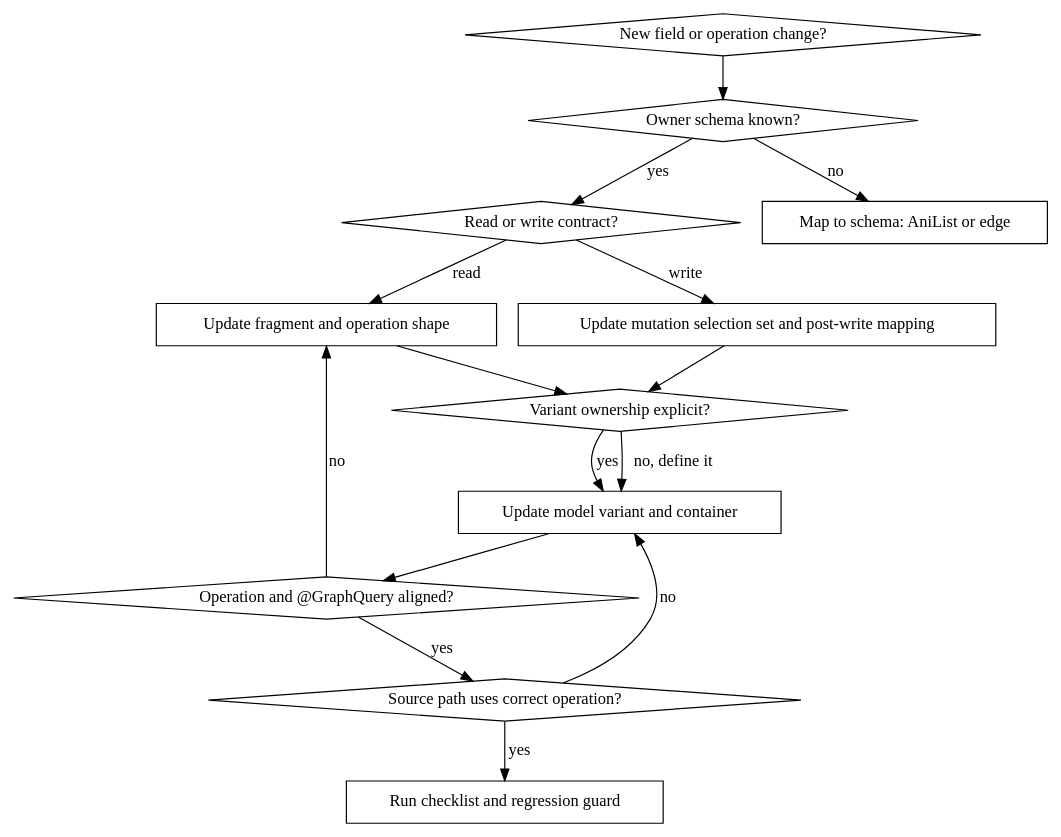
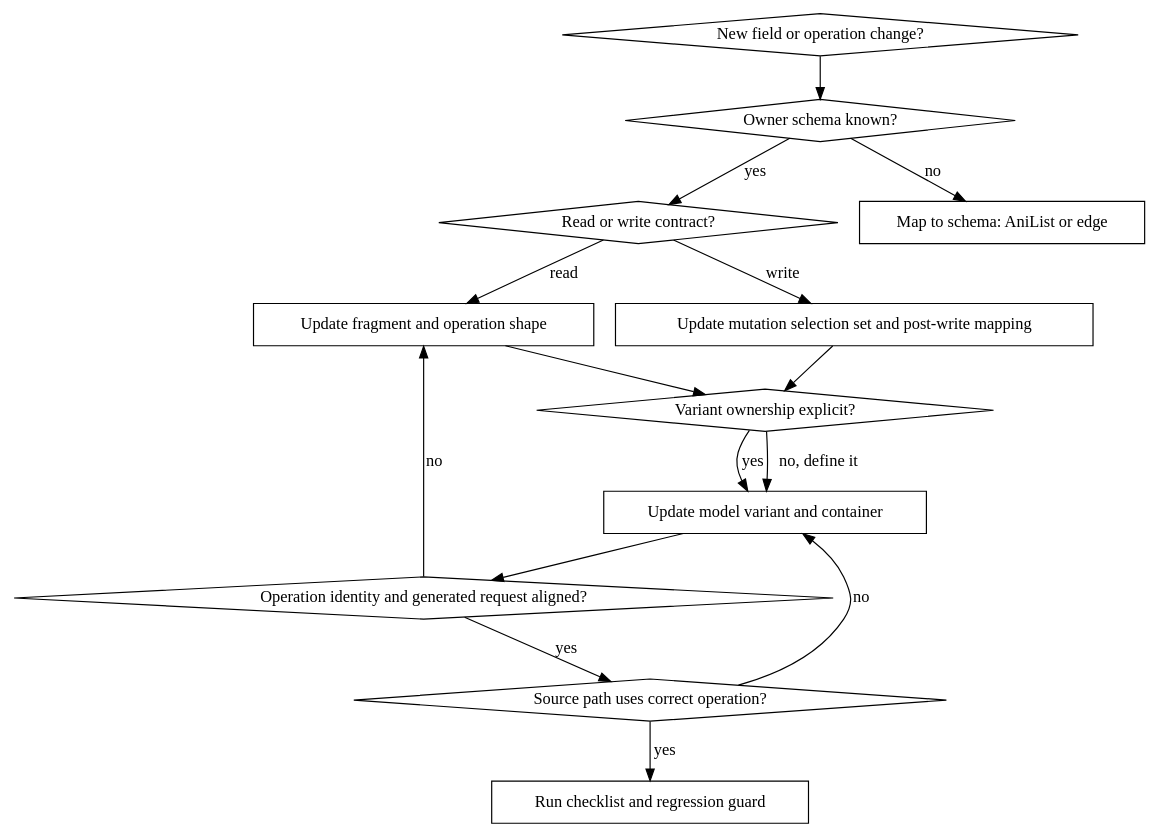
The diagram in .agents/skills/mapping-graphql-models/references/decision-flow.dot (AniTrend/anitrend-v2), drawn with Graphviz before and after one commit. The commit also changed 363 other files, not shown here.

First line of the commit message:
feat(data): migrate AniList and Edge GraphQL to retrofit-graphql codegen (#1264)

```diff
--- a/.agents/skills/mapping-graphql-models/references/decision-flow.dot
+++ b/.agents/skills/mapping-graphql-models/references/decision-flow.dot
@@ -1,33 +1,33 @@
 digraph mapping_graphql_models {
     rankdir=TB;
     node [shape=diamond];
 
     start [label="New field or operation change?"];
     owner [label="Owner schema known?"];
     kind [label="Read or write contract?"];
     variant [label="Variant ownership explicit?"];
-    remote [label="Operation and @GraphQuery aligned?"];
+    remote [label="Operation identity and generated request aligned?"];
     source [label="Source path uses correct operation?"];
 
     node [shape=box];
     map_owner [label="Map to schema: AniList or edge"];
     update_fragment [label="Update fragment and operation shape"];
     update_model [label="Update model variant and container"];
     update_mutation [label="Update mutation selection set and post-write mapping"];
     validate [label="Run checklist and regression guard"];
 
     start -> owner;
     owner -> map_owner [label="no"];
     owner -> kind [label="yes"];
     kind -> update_fragment [label="read"];
     kind -> update_mutation [label="write"];
     update_fragment -> variant;
     update_mutation -> variant;
     variant -> update_model [label="yes"];
     variant -> update_model [label="no, define it"];
     update_model -> remote;
     remote -> source [label="yes"];
     remote -> update_fragment [label="no"];
     source -> validate [label="yes"];
     source -> update_model [label="no"];
 }
```
